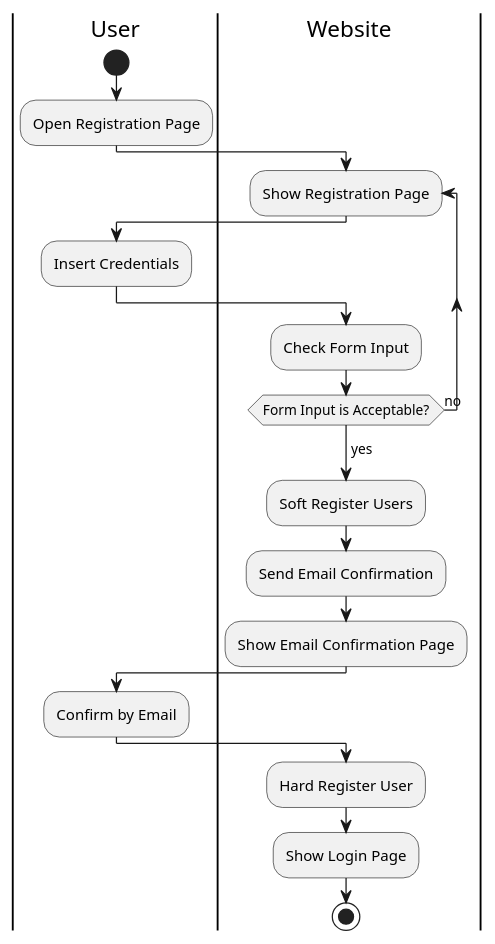
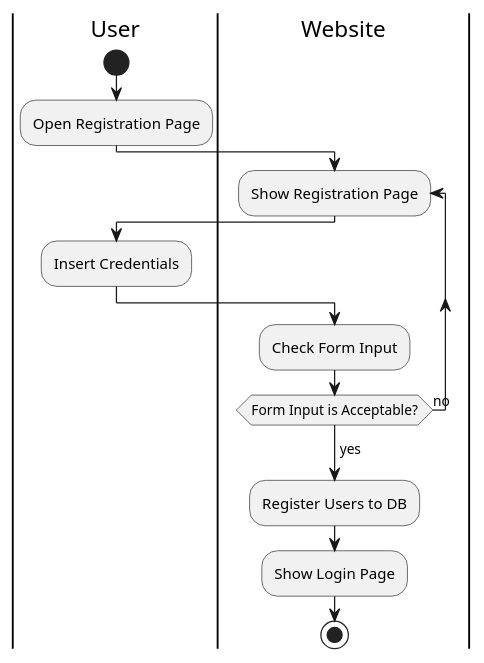
One commit to AntWort21/BHFMS changed the diagram in Design/BHFMS_ACTIVITY/Register.puml. Above: the diagram before and after it, drawn with PlantUML. The commit also changed 1 other file, not shown here.

Commit message:
fixed register activity and sequence

```diff
--- a/Design/BHFMS_ACTIVITY/Register.puml
+++ b/Design/BHFMS_ACTIVITY/Register.puml
@@ -1,27 +1,19 @@
 @startuml
 |User|
 start
     :Open Registration Page;
 
 |Website|
     repeat :Show Registration Page;
 
 |User|
     :Insert Credentials;
 
 |Website|
     :Check Form Input;
     repeat while (Form Input is Acceptable?) is (no)
         ->yes;
-    :Soft Register Users;
-    :Send Email Confirmation;
-    :Show Email Confirmation Page;
-
-|User|
-    :Confirm by Email;
-
-|Website|
-    :Hard Register User;
+    :Register Users to DB;
     :Show Login Page;
 stop
 @enduml
```
